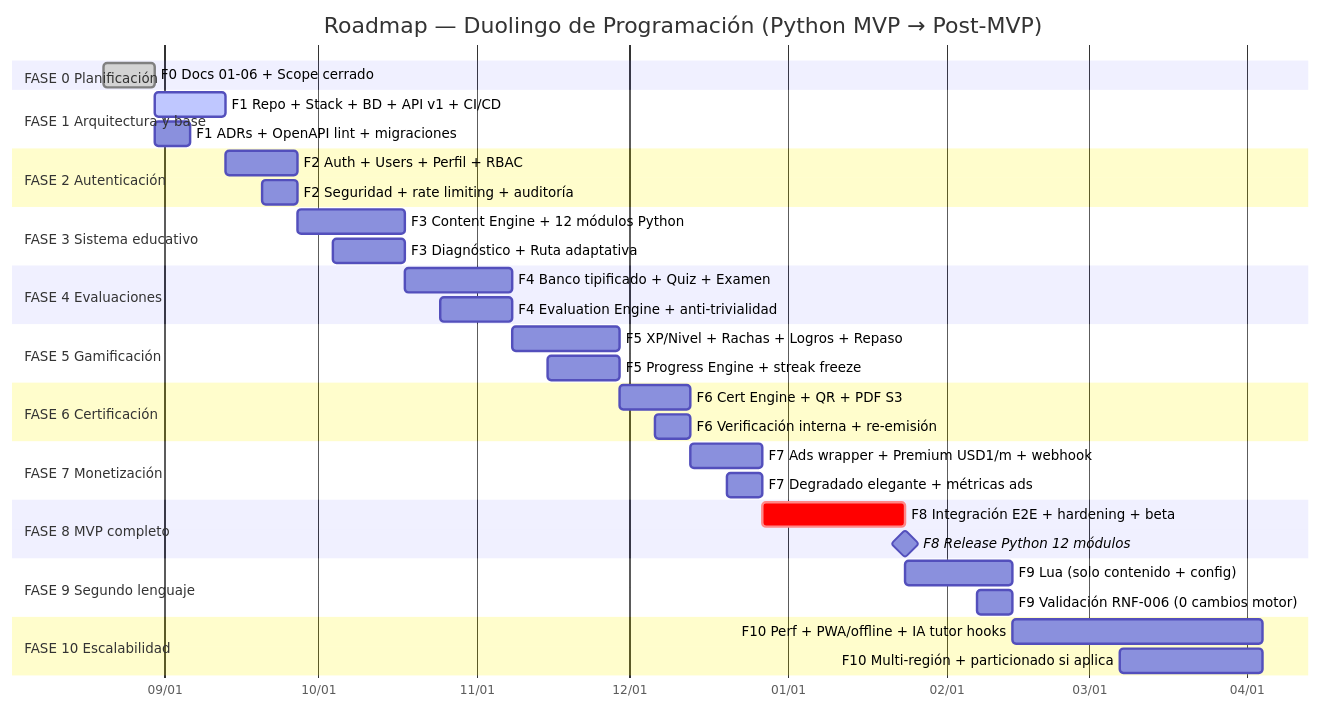
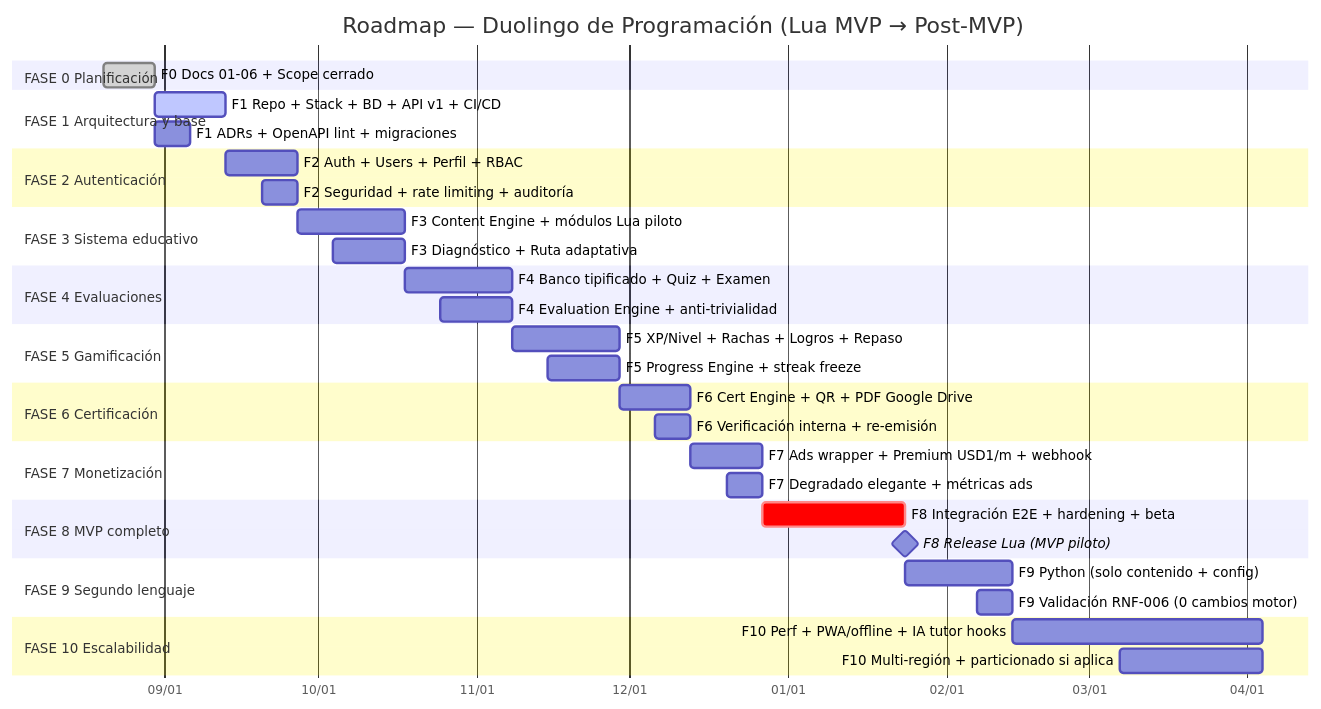
Before and after one commit to nastex123/DuolingoProgramacion: the second of 2 diagrams in docs/22_ROADMAP.md, drawn with Mermaid. The commit also changed other lines of this file and 29 other files, not shown here.

````diff
--- a/docs/22_ROADMAP.md
+++ b/docs/22_ROADMAP.md
@@ -113,49 +113,49 @@
 ```mermaid
 gantt
-    title Roadmap — Duolingo de Programación (Python MVP → Post-MVP)
+    title Roadmap — Duolingo de Programación (Lua MVP → Post-MVP)
     dateFormat  YYYY-MM-DD
     axisFormat  %m/%d
 
     section FASE 0 Planificación
     F0 Docs 01-06 + Scope cerrado           :done, f0, 2026-08-20, 2026-08-30
 
     section FASE 1 Arquitectura y base
     F1 Repo + Stack + BD + API v1 + CI/CD   :active, f1, 2026-08-30, 2026-09-13
     F1 ADRs + OpenAPI lint + migraciones    :f1b, 2026-08-30, 2026-09-06
 
     section FASE 2 Autenticación
     F2 Auth + Users + Perfil + RBAC         :f2, 2026-09-13, 2026-09-27
     F2 Seguridad + rate limiting + auditoría :f2b, 2026-09-20, 2026-09-27
 
     section FASE 3 Sistema educativo
-    F3 Content Engine + 12 módulos Python   :f3, 2026-09-27, 2026-10-18
+    F3 Content Engine + módulos Lua piloto   :f3, 2026-09-27, 2026-10-18
     F3 Diagnóstico + Ruta adaptativa         :f3b, 2026-10-04, 2026-10-18
 
     section FASE 4 Evaluaciones
     F4 Banco tipificado + Quiz + Examen      :f4, 2026-10-18, 2026-11-08
     F4 Evaluation Engine + anti-trivialidad  :f4b, 2026-10-25, 2026-11-08
 
     section FASE 5 Gamificación
     F5 XP/Nivel + Rachas + Logros + Repaso   :f5, 2026-11-08, 2026-11-29
     F5 Progress Engine + streak freeze       :f5b, 2026-11-15, 2026-11-29
 
     section FASE 6 Certificación
-    F6 Cert Engine + QR + PDF S3             :f6, 2026-11-29, 2026-12-13
+    F6 Cert Engine + QR + PDF Google Drive  :f6, 2026-11-29, 2026-12-13
     F6 Verificación interna + re-emisión     :f6b, 2026-12-06, 2026-12-13
 
     section FASE 7 Monetización
     F7 Ads wrapper + Premium USD1/m + webhook :f7, 2026-12-13, 2026-12-27
     F7 Degradado elegante + métricas ads     :f7b, 2026-12-20, 2026-12-27
 
     section FASE 8 MVP completo
     F8 Integración E2E + hardening + beta    :crit, f8, 2026-12-27, 2027-01-24
-    F8 Release Python 12 módulos             :milestone, mvp, 2027-01-24, 0d
+    F8 Release Lua (MVP piloto)              :milestone, mvp, 2027-01-24, 0d
 
     section FASE 9 Segundo lenguaje
-    F9 Lua (solo contenido + config)         :f9, 2027-01-24, 2027-02-14
+    F9 Python (solo contenido + config)      :f9, 2027-01-24, 2027-02-14
     F9 Validación RNF-006 (0 cambios motor)  :f9b, 2027-02-07, 2027-02-14
 
     section FASE 10 Escalabilidad
     F10 Perf + PWA/offline + IA tutor hooks  :f10, 2027-02-14, 2027-04-04
     F10 Multi-región + particionado si aplica: f10b, 2027-03-07, 2027-04-04
 ```
````
